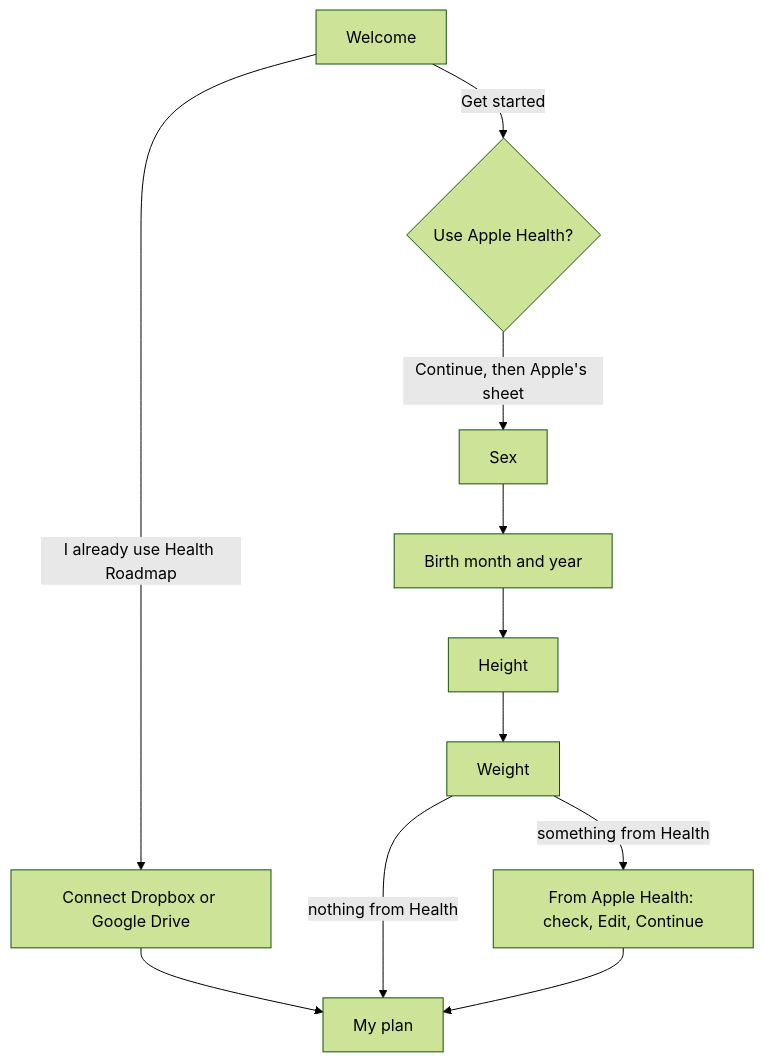
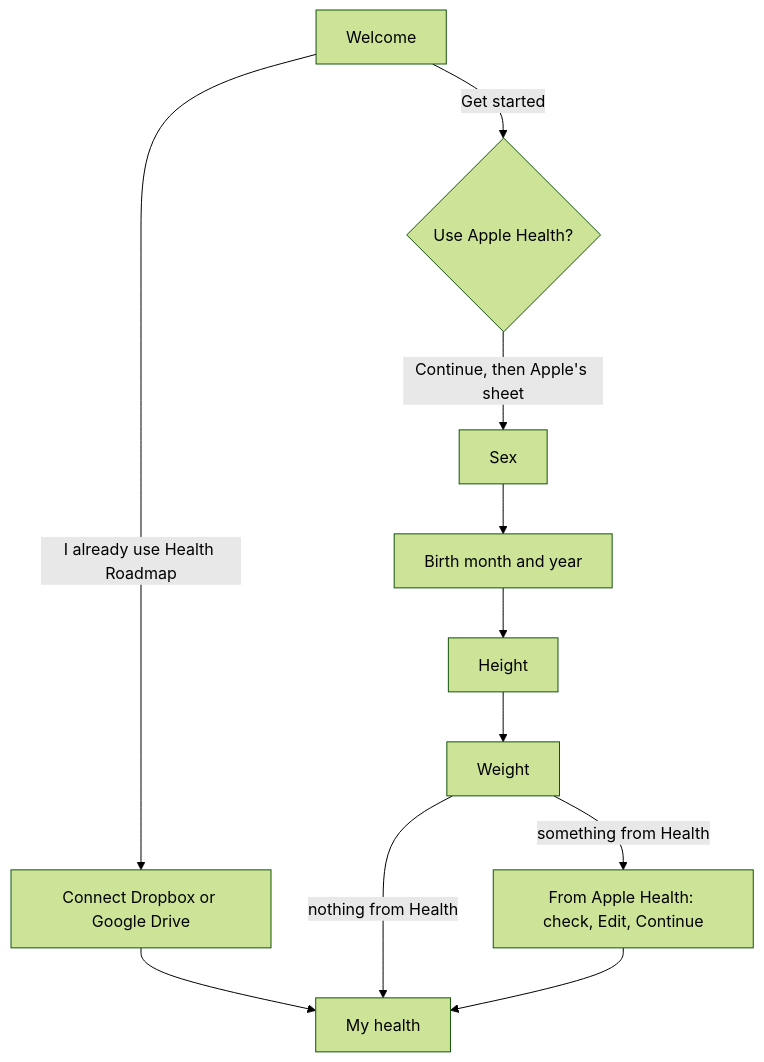
The diagram in ios/onboarding.md (DrBradStanfield/roadmap), drawn with Mermaid (forest theme) before and after one commit. The commit also changed other lines of this file and 2 other files, not shown here.

````diff
--- a/ios/onboarding.md
+++ b/ios/onboarding.md
@@ -37,13 +37,13 @@
 ```mermaid
 flowchart TD
   W[Welcome] -->|Get started| H{Use Apple Health?}
   W -->|I already use Health Roadmap| C[Connect Dropbox or Google Drive]
   C --> P
   H -->|Continue, then Apple's sheet| Q1
   Q1[Sex] --> Q2[Birth month and year]
   Q2 --> Q3[Height]
   Q3 --> Q4[Weight]
-  Q4 -->|nothing from Health| P[My plan]
+  Q4 -->|nothing from Health| P[My health]
   Q4 -->|something from Health| R[From Apple Health: check, Edit, Continue]
   R --> P
 ```
````
